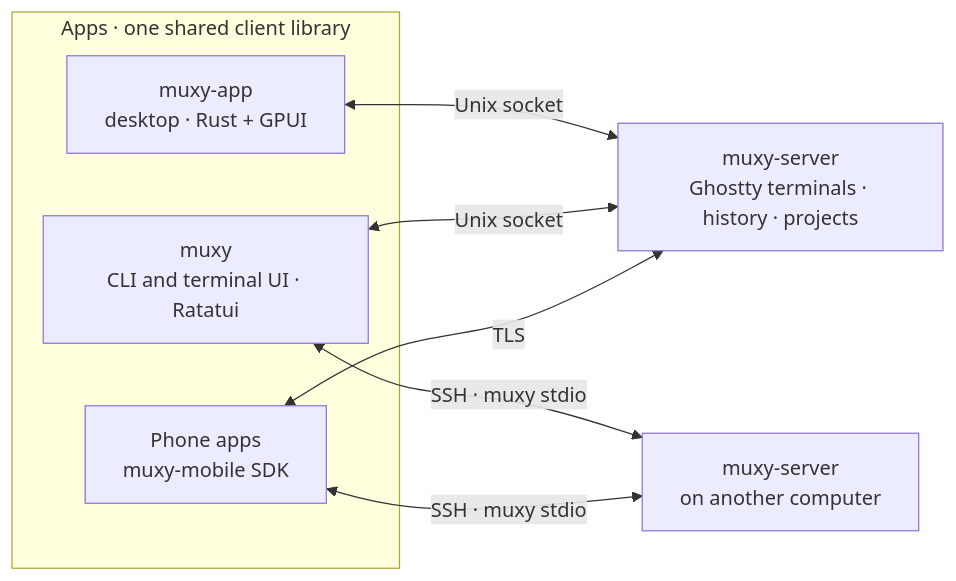
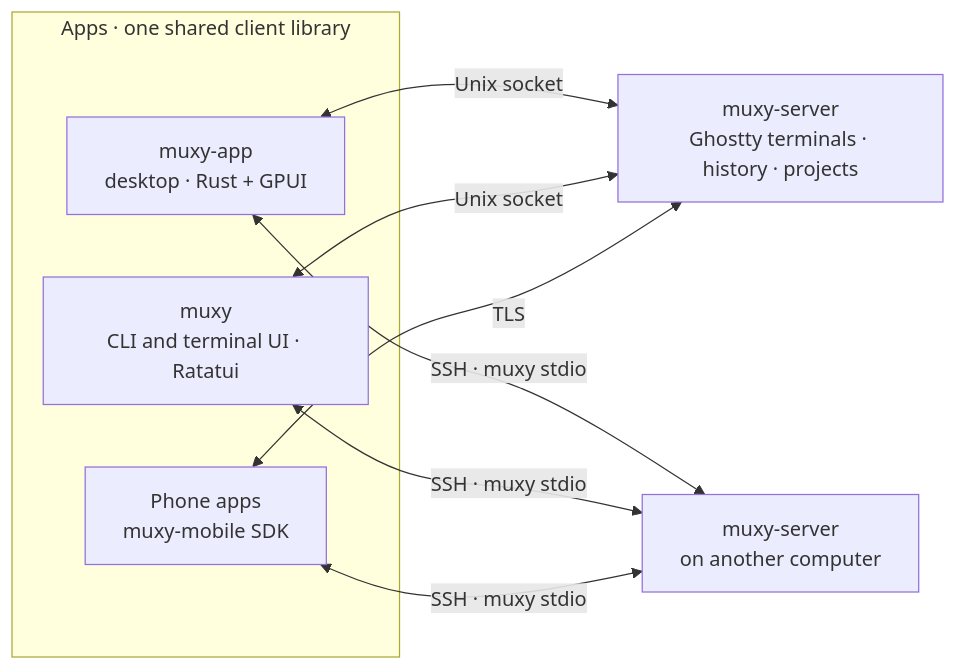
Before and after one commit to muxy-app/muxy: the diagram in docs/tech/README.md, drawn with Mermaid. The commit also changed 62 other files, not shown here.

````diff
--- a/docs/tech/README.md
+++ b/docs/tech/README.md
@@ -5,15 +5,16 @@
 ```mermaid
 flowchart LR
     subgraph APPS["Apps · one shared client library"]
         DESKTOP["muxy-app<br/>desktop · Rust + GPUI"]
         TUI["muxy<br/>CLI and terminal UI · Ratatui"]
         PHONE["Phone apps<br/>muxy-mobile SDK"]
     end
     SERVER["muxy-server<br/>Ghostty terminals · history · projects"]
     REMOTE["muxy-server<br/>on another computer"]
     DESKTOP <-->|"Unix socket"| SERVER
     TUI <-->|"Unix socket"| SERVER
+    DESKTOP <-->|"SSH · muxy stdio"| REMOTE
     TUI <-->|"SSH · muxy stdio"| REMOTE
     PHONE <-->|"TLS"| SERVER
     PHONE <-->|"SSH · muxy stdio"| REMOTE
 ```
````
